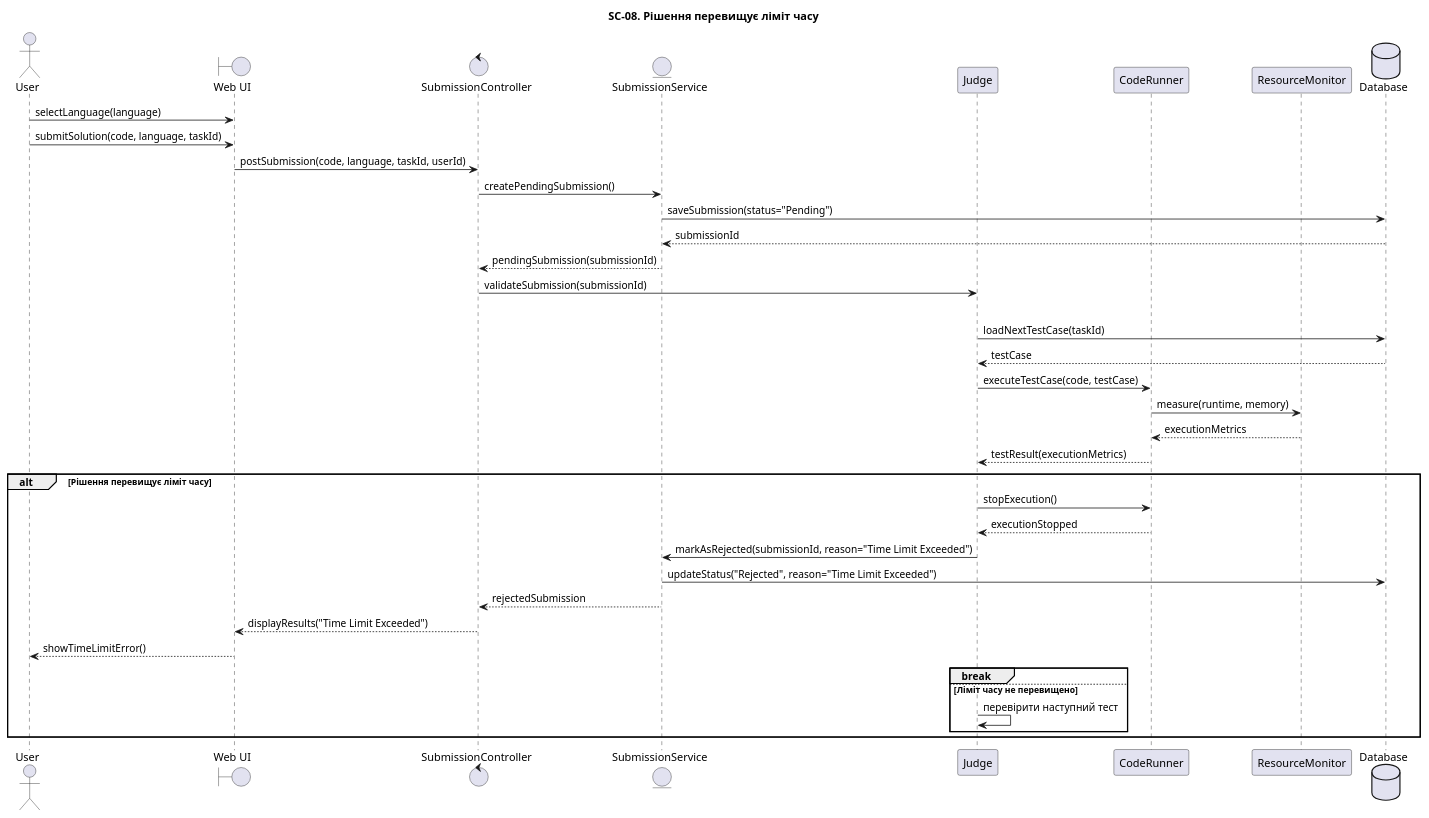
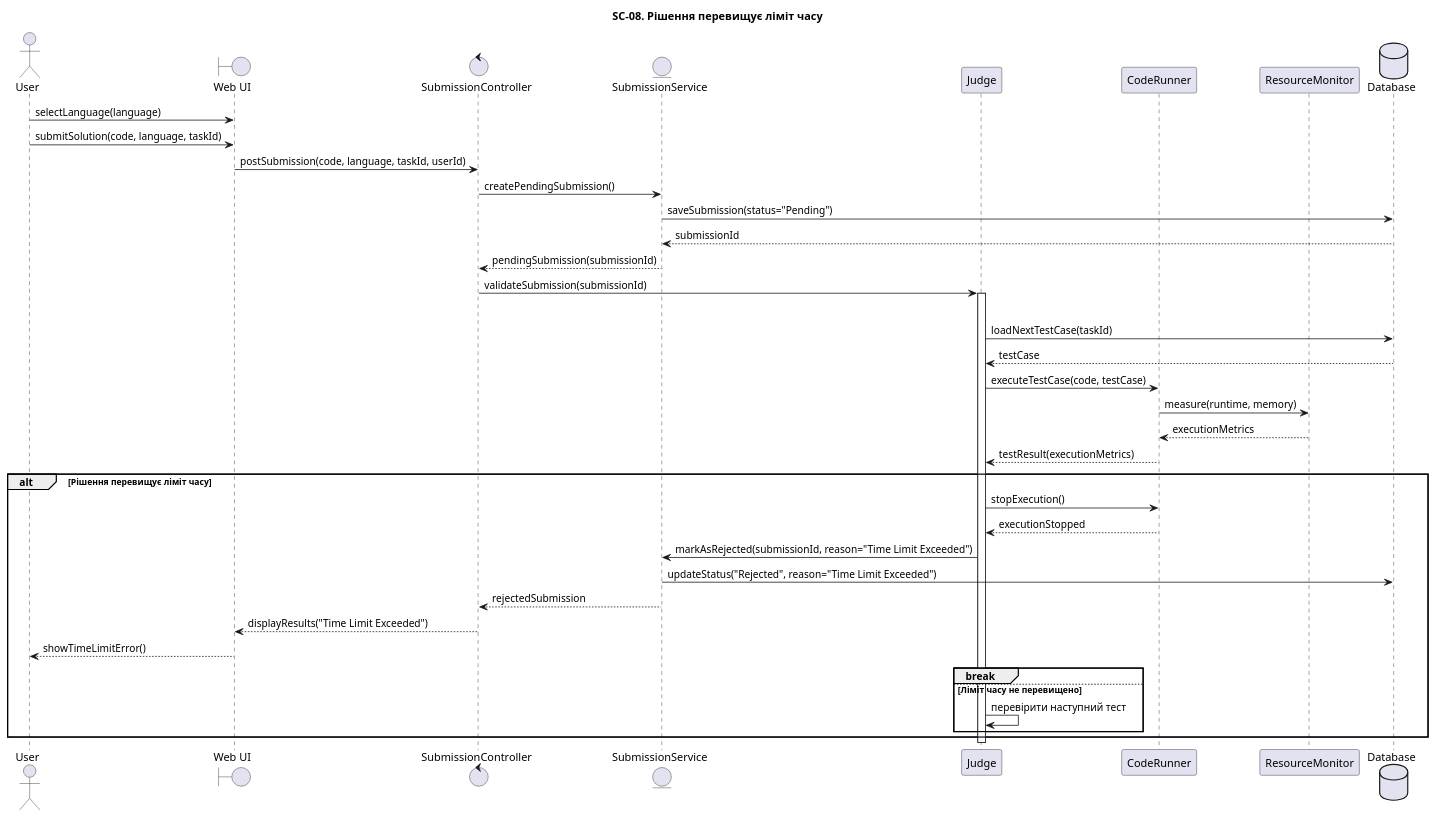
The diagram in lab3/sequence/SC-08.puml (Cammp3r/KPI-2-LABS), drawn with PlantUML before and after one commit. The commit also changed 1 other file, not shown here.

```diff
--- a/lab3/sequence/SC-08.puml
+++ b/lab3/sequence/SC-08.puml
@@ -1,46 +1,47 @@
 @startuml
 title SC-08. Рішення перевищує ліміт часу
 
 actor "User" as User
 boundary "Web UI" as UI
 control "SubmissionController" as Controller
 entity "SubmissionService" as SubmissionService
 participant "Judge" as Judge
 participant "CodeRunner" as Runner
 participant "ResourceMonitor" as Metrics
 database "Database" as DB
 
 User -> UI: selectLanguage(language)
 User -> UI: submitSolution(code, language, taskId)
 UI -> Controller: postSubmission(code, language, taskId, userId)
 
 Controller -> SubmissionService: createPendingSubmission()
 SubmissionService -> DB: saveSubmission(status="Pending")
 DB --> SubmissionService: submissionId
 SubmissionService --> Controller: pendingSubmission(submissionId)
 Controller -> Judge: validateSubmission(submissionId)
+activate Judge
 
 loop Для кожного тест-кейсу
     Judge -> DB: loadNextTestCase(taskId)
     DB --> Judge: testCase
     Judge -> Runner: executeTestCase(code, testCase)
     Runner -> Metrics: measure(runtime, memory)
     Metrics --> Runner: executionMetrics
     Runner --> Judge: testResult(executionMetrics)
 
     alt Рішення перевищує ліміт часу
         Judge -> Runner: stopExecution()
         Runner --> Judge: executionStopped
         Judge -> SubmissionService: markAsRejected(submissionId, reason="Time Limit Exceeded")
         SubmissionService -> DB: updateStatus("Rejected", reason="Time Limit Exceeded")
         SubmissionService --> Controller: rejectedSubmission
         Controller --> UI: displayResults("Time Limit Exceeded")
         UI --> User: showTimeLimitError()
         break
     else Ліміт часу не перевищено
         Judge -> Judge: перевірити наступний тест
     end
 end
 
-
+deactivate Judge
 @enduml
```
